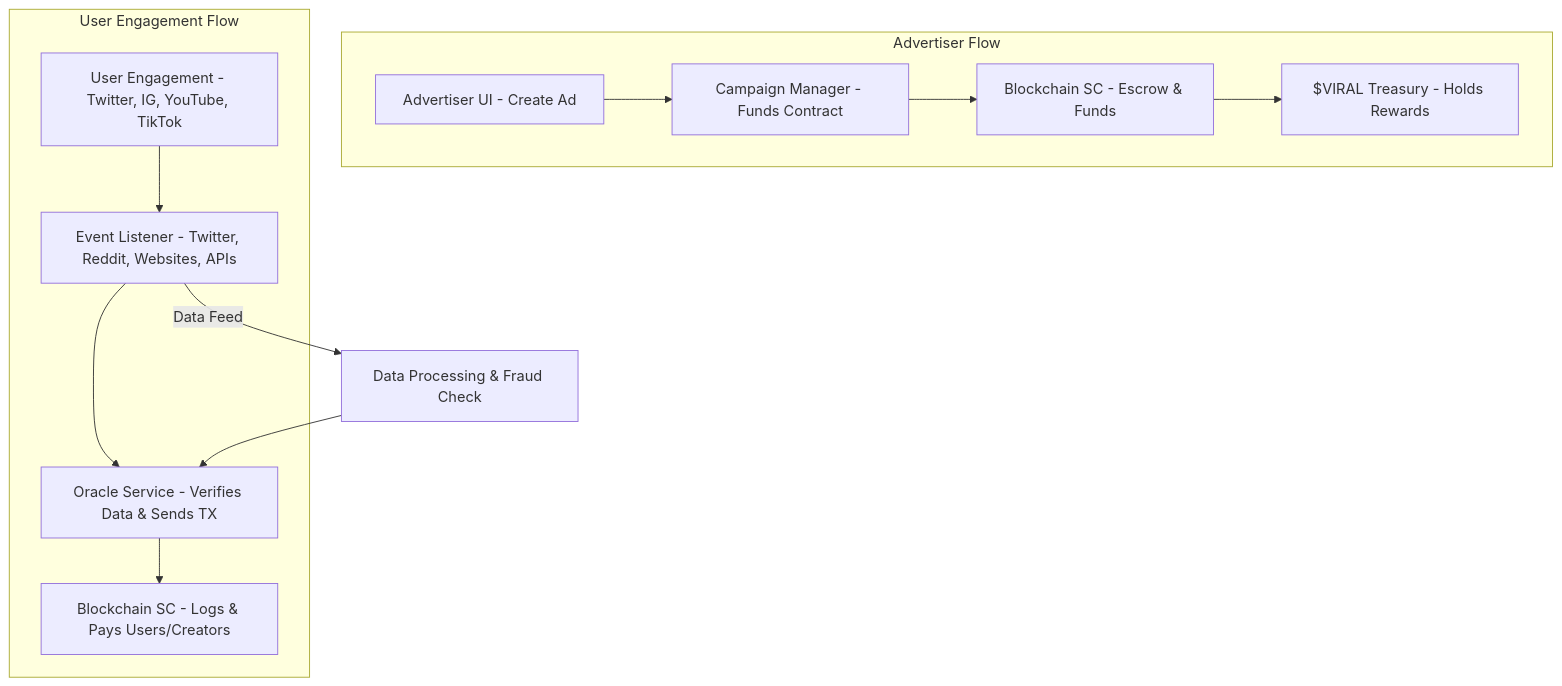
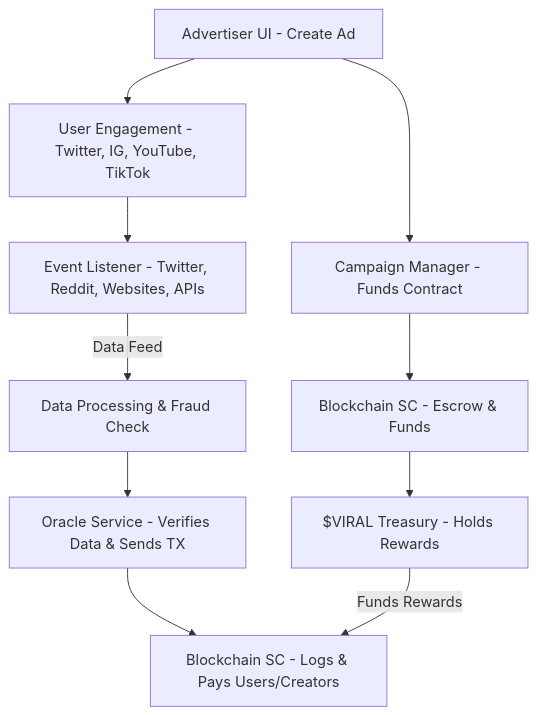
Before and after one commit to vyro-gg/vyro: the first of 2 diagrams in README.md, drawn with Mermaid. The commit also changed other lines of this file, not shown here.

````diff
--- a/README.md
+++ b/README.md
@@ -25,17 +25,18 @@
 ```mermaid
 graph TD;
-    subgraph Advertiser Flow
-        A[Advertiser UI - Create Ad] --> B[Campaign Manager - Funds Contract]
-        B --> C[Blockchain SC - Escrow & Funds]
-        C --> D[$VIRAL Treasury - Holds Rewards]
-    end
+    %% Advertiser Flow
+    A[Advertiser UI - Create Ad] --> B[Campaign Manager - Funds Contract]
+    B --> C[Blockchain SC - Escrow & Funds]
+    C --> D[$VIRAL Treasury - Holds Rewards]
+    A --> E
 
-    subgraph User Engagement Flow
-        E[User Engagement - Twitter, IG, YouTube, TikTok] --> F[Event Listener - Twitter, Reddit, Websites, APIs]
-        F --> G[Oracle Service - Verifies Data & Sends TX]
-        G --> H[Blockchain SC - Logs & Pays Users/Creators]
-    end
-    
+    %% User Engagement Flow
+    E[User Engagement - Twitter, IG, YouTube, TikTok] --> F[Event Listener - Twitter, Reddit, Websites, APIs]
     F -->|Data Feed| I[Data Processing & Fraud Check]
-    I --> G
+    I --> G[Oracle Service - Verifies Data & Sends TX]
+    G --> H[Blockchain SC - Logs & Pays Users/Creators]
+
+    %% Connecting Advertiser Flow to User Engagement Flow
+    D -->|Funds Rewards| H
+
 ```
````
